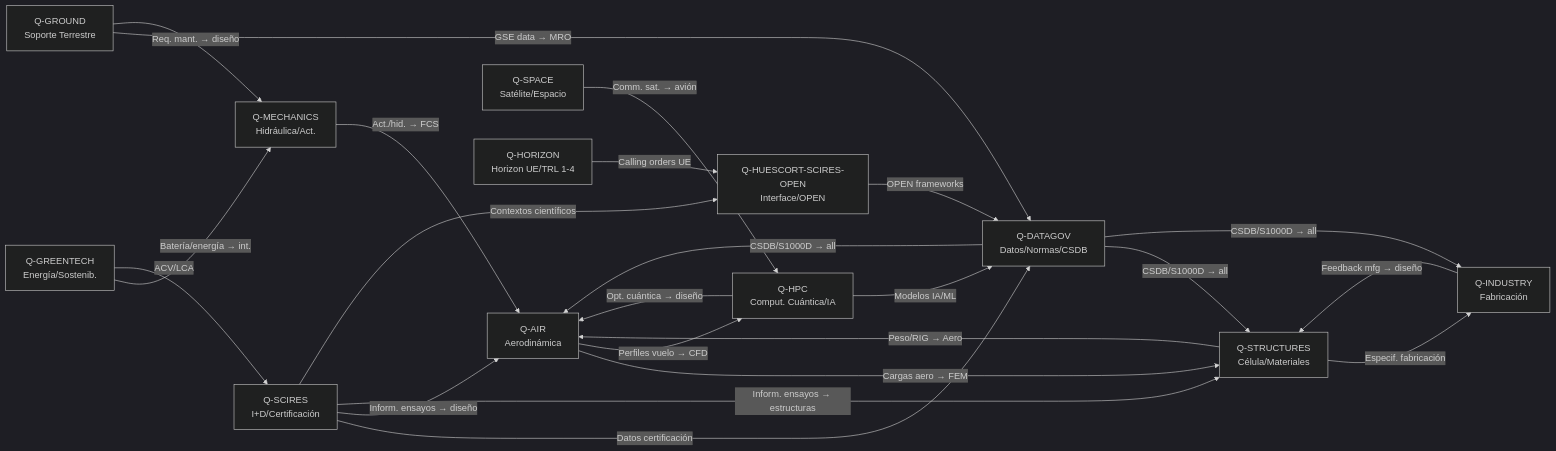
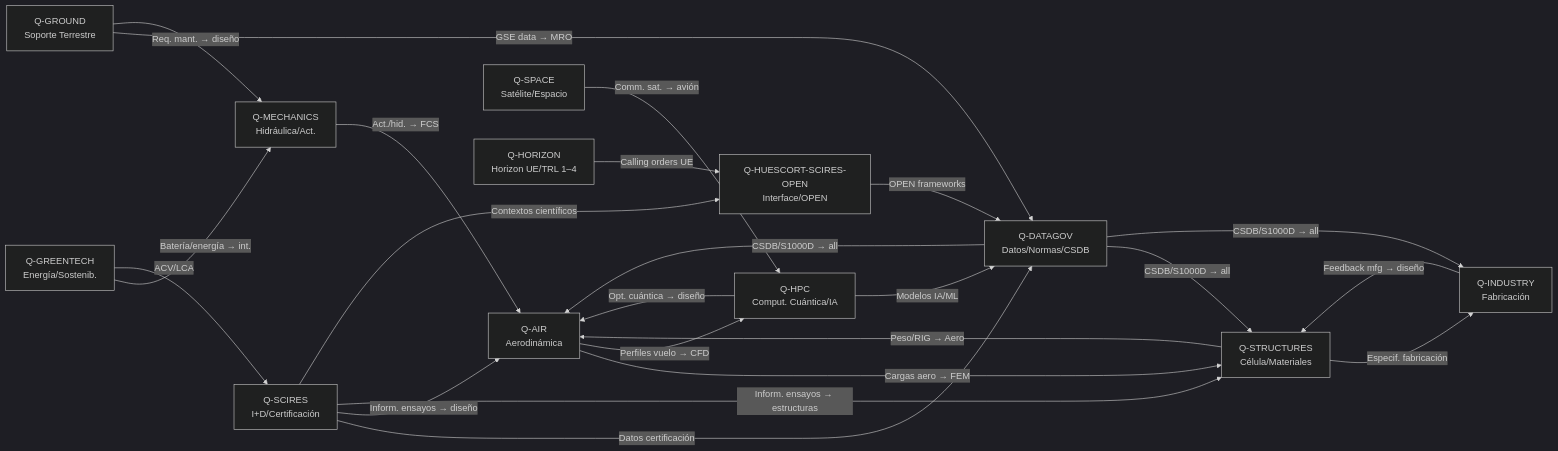
Before and after one commit to AmedeoPelliccia/PeL.inc_Peace-and-Love_incorporated: the diagram in organization/Q-Divisions/Readme.md, drawn with Mermaid (dark theme). The commit also changed 1 other file, not shown here.

Commit message:
Define Resilient Touch in Q-HUESCORT docs
Agent-Logs-Url: https://github.com/AmedeoPelliccia/PeL.inc_Peace-and-Love_incorporated/sessions/c48c3de3-c6ab-48b4-8951-61b3eee43e8e

````diff
--- a/organization/Q-Divisions/Readme.md
+++ b/organization/Q-Divisions/Readme.md
@@ -207,38 +207,38 @@
 ```mermaid
 graph LR
     QAIR["Q-AIR\nAerodinámica"]
     QGREEN["Q-GREENTECH\nEnergía/Sostenib."]
     QSTRUCT["Q-STRUCTURES\nCélula/Materiales"]
     QHPC["Q-HPC\nComput. Cuántica/IA"]
     QDATA["Q-DATAGOV\nDatos/Normas/CSDB"]
     QIND["Q-INDUSTRY\nFabricación"]
     QSPACE["Q-SPACE\nSatélite/Espacio"]
     QGROUND["Q-GROUND\nSoporte Terrestre"]
     QMECH["Q-MECHANICS\nHidráulica/Act."]
     QSCIRES["Q-SCIRES\nI+D/Certificación"]
-    QHORIZON["Q-HORIZON\nHorizon UE/TRL 1-4"]
+    QHORIZON["Q-HORIZON\nHorizon UE/TRL 1–4"]
     QHUESCORT["Q-HUESCORT-SCIRES-OPEN\nInterface/OPEN"]
 
     QAIR -- "Cargas aero → FEM" --> QSTRUCT
     QSTRUCT -- "Peso/RIG → Aero" --> QAIR
     QSTRUCT -- "Especif. fabricación" --> QIND
     QIND -- "Feedback mfg → diseño" --> QSTRUCT
     QAIR -- "Perfiles vuelo → CFD" --> QHPC
     QHPC -- "Opt. cuántica → diseño" --> QAIR
     QHPC -- "Modelos IA/ML" --> QDATA
     QDATA -- "CSDB/S1000D → all" --> QAIR
     QDATA -- "CSDB/S1000D → all" --> QSTRUCT
     QDATA -- "CSDB/S1000D → all" --> QIND
     QGREEN -- "Batería/energía → int." --> QMECH
     QMECH -- "Act./hid. → FCS" --> QAIR
     QGREEN -- "ACV/LCA" --> QSCIRES
     QSCIRES -- "Datos certificación" --> QDATA
     QSCIRES -- "Inform. ensayos → diseño" --> QAIR
     QSCIRES -- "Inform. ensayos → estructuras" --> QSTRUCT
     QHORIZON -- "Calling orders UE" --> QHUESCORT
     QSCIRES -- "Contextos científicos" --> QHUESCORT
     QHUESCORT -- "OPEN frameworks" --> QDATA
     QSPACE -- "Comm. sat. → avión" --> QHPC
     QGROUND -- "GSE data → MRO" --> QDATA
     QGROUND -- "Req. mant. → diseño" --> QMECH
 ```
````
